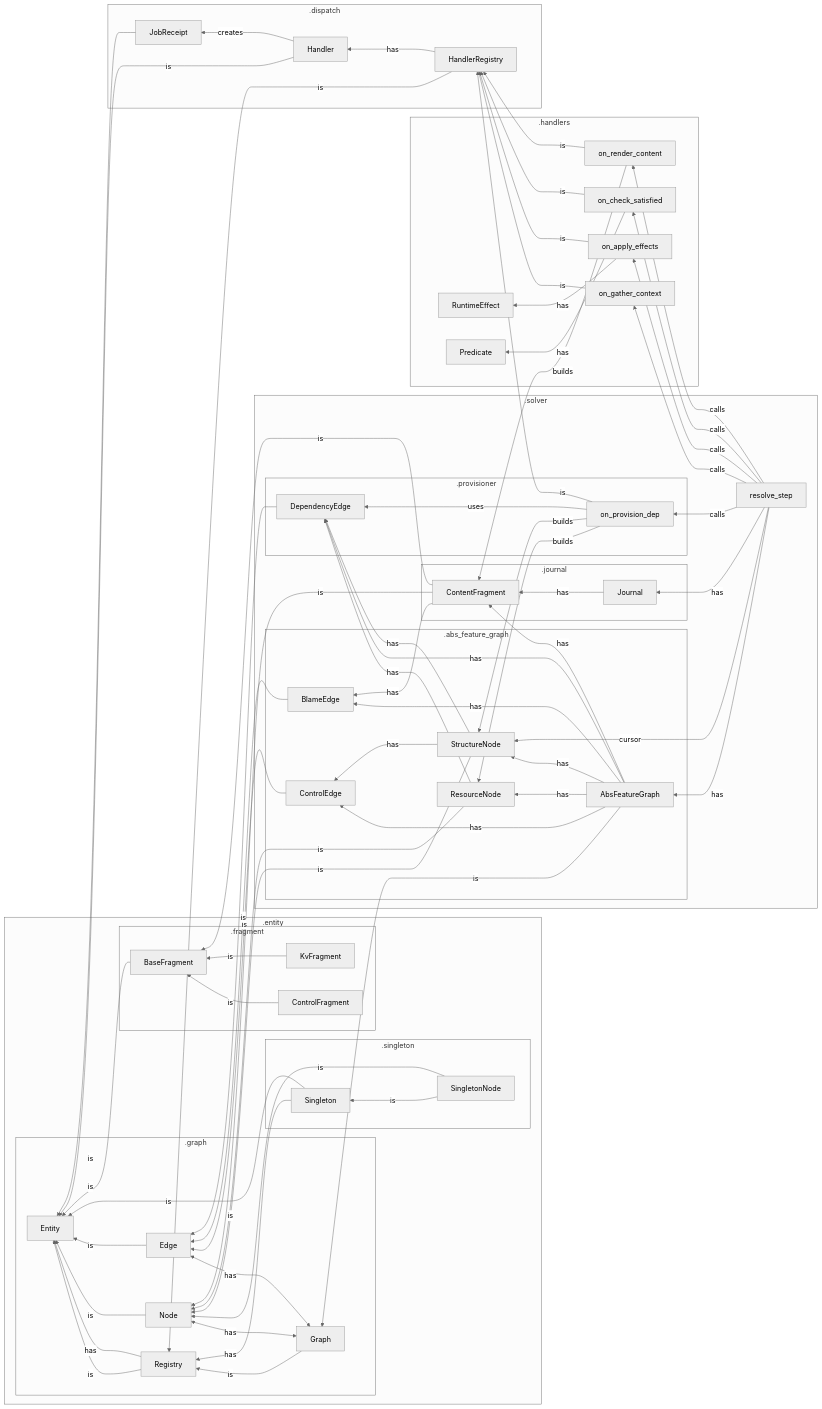
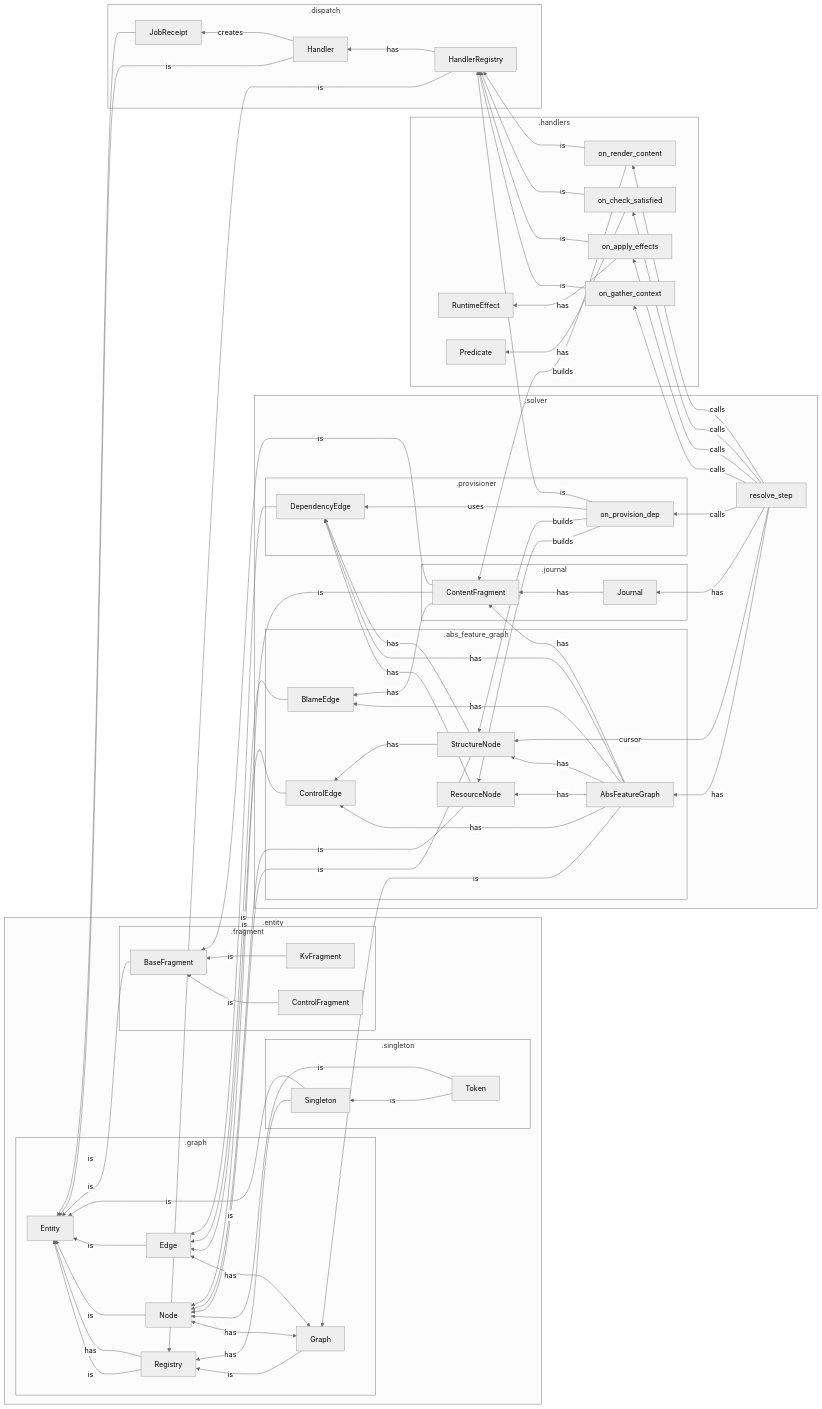
The diagram in scratch/overviews/notes_v34.md (derekmerck/storytangl), drawn with Mermaid (neutral theme) before and after one commit. The commit also changed 32 other files, not shown here.

```diff
--- a/scratch/overviews/notes_v34.md
+++ b/scratch/overviews/notes_v34.md
@@ -20,8 +20,8 @@
         subgraph .singleton
             Singleton -- is --> Entity
             Singleton -- has --> Registry
-            SingletonNode -- is --> Singleton
-            SingletonNode -- is --> Node
+            Token -- is --> Singleton
+            Token -- is --> Node
         end
         subgraph .fragment
             BaseFragment -- is --> Entity
```
